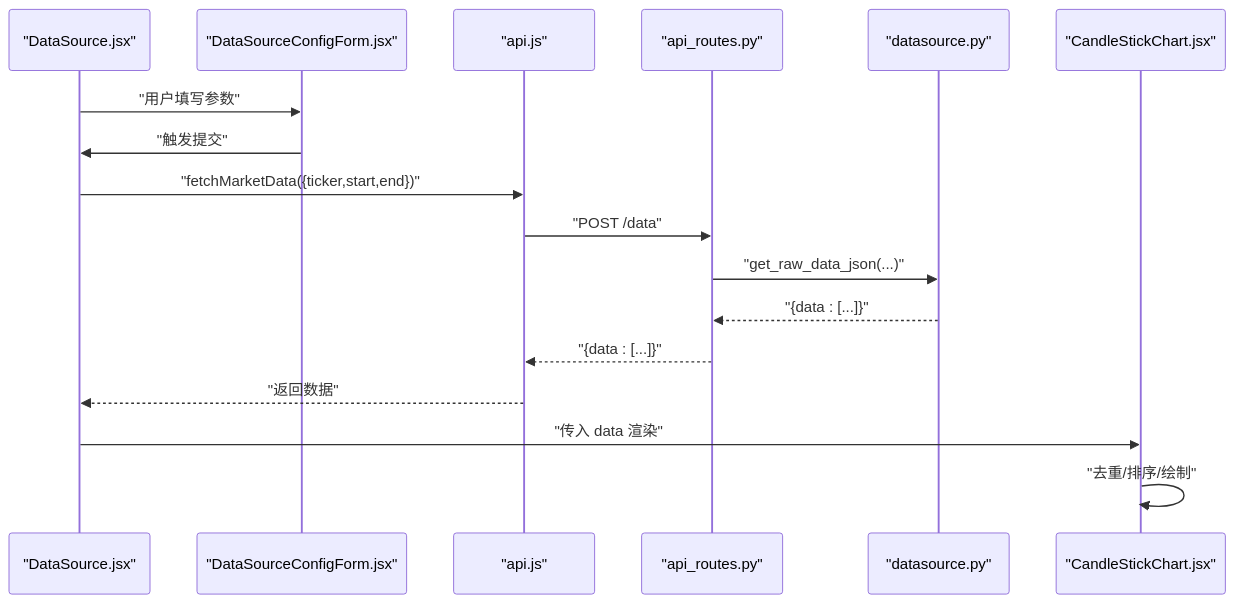
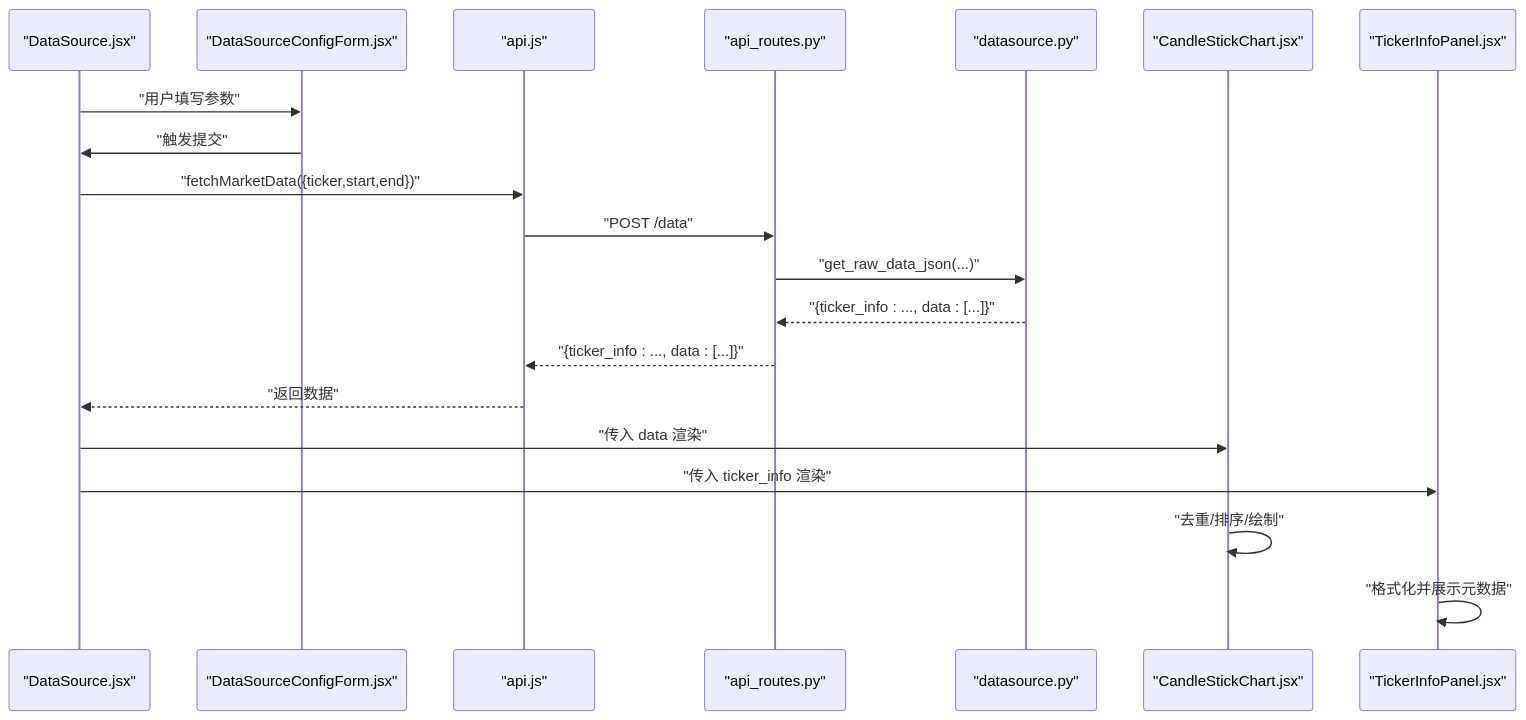
Before and after one commit to faryhuo/backtrader: the sixth of 7 diagrams in .qoder/repowiki/zh/content/后端架构/数据模型/数据访问服务/数据源服务.md, drawn with Mermaid. The commit also changed other lines of this file and 23 other files, not shown here.

````diff
--- a/.qoder/repowiki/zh/content/后端架构/数据模型/数据访问服务/数据源服务.md
+++ b/.qoder/repowiki/zh/content/后端架构/数据模型/数据访问服务/数据源服务.md
@@ -205,19 +256,22 @@
 ```mermaid
 sequenceDiagram
 participant Page as "DataSource.jsx"
 participant Form as "DataSourceConfigForm.jsx"
 participant Api as "api.js"
 participant Router as "api_routes.py"
 participant DS as "datasource.py"
 participant Chart as "CandleStickChart.jsx"
+participant InfoPanel as "TickerInfoPanel.jsx"
 Page->>Form : "用户填写参数"
 Form->>Page : "触发提交"
 Page->>Api : "fetchMarketData({ticker,start,end})"
 Api->>Router : "POST /data"
 Router->>DS : "get_raw_data_json(...)"
-DS-->>Router : "{data : [...]}"
-Router-->>Api : "{data : [...]}"
+DS-->>Router : "{ticker_info : ..., data : [...]}"
+Router-->>Api : "{ticker_info : ..., data : [...]}"
 Api-->>Page : "返回数据"
 Page->>Chart : "传入 data 渲染"
+Page->>InfoPanel : "传入 ticker_info 渲染"
 Chart->>Chart : "去重/排序/绘制"
+InfoPanel->>InfoPanel : "格式化并展示元数据"
 ```
````
